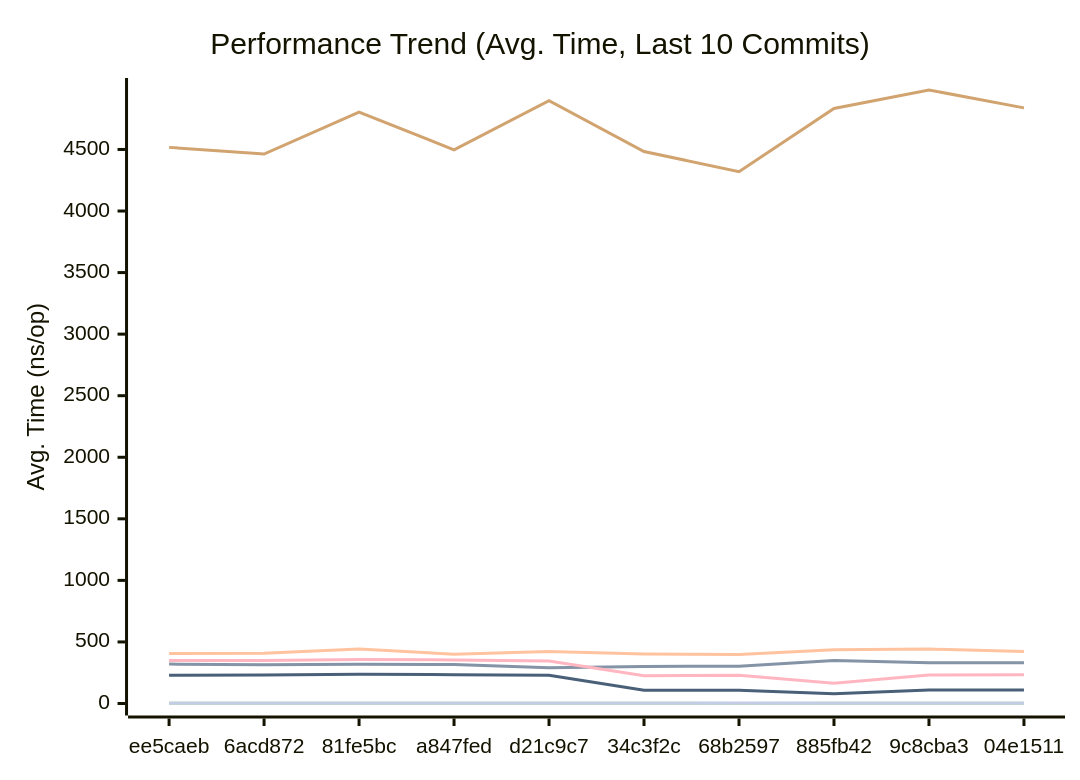
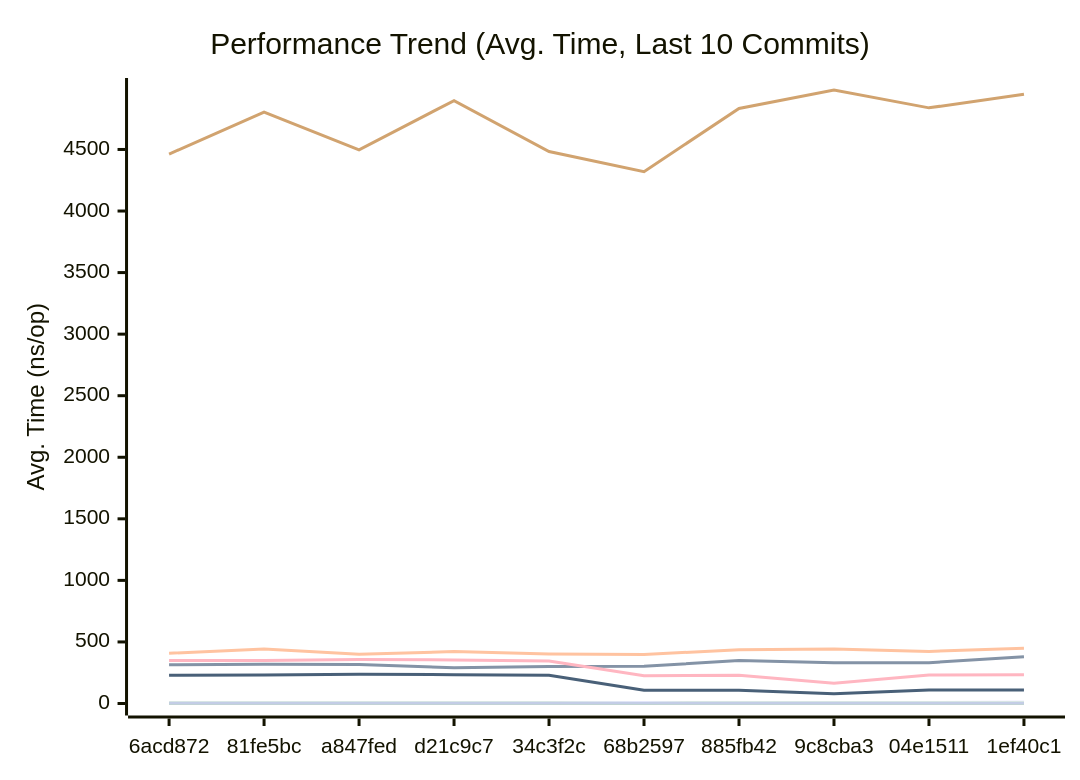
Before and after one commit to alsotoes/momo: the first of 3 diagrams in docs/PERFORMANCE.md, drawn with Mermaid. The commit also changed other lines of this file and 2 other files, not shown here.

````diff
--- a/docs/PERFORMANCE.md
+++ b/docs/PERFORMANCE.md
@@ -80,16 +80,16 @@
 ```mermaid
 xychart-beta
     title "Performance Trend (Avg. Time, Last 10 Commits)"
     x-axis "Commit"
     y-axis "Avg. Time (ns/op)"
-    x-axis [ee5caeb,6acd872,81fe5bc,a847fed,d21c9c7,34c3f2c,68b2597,885fb42,9c8cba3,04e1511]
-    line "CheckMetricsAndSwap" [8,8,9,8,9,9,8,9,9,8]
-    line "CrushOptimized" [320,315,318,317,290,301,303,349,330,331]
-    line "CrushOriginal" [406,408,443,400,422,402,399,436,442,423]
+    x-axis [6acd872,81fe5bc,a847fed,d21c9c7,34c3f2c,68b2597,885fb42,9c8cba3,04e1511,1ef40c1]
+    line "CheckMetricsAndSwap" [8,9,8,9,9,8,9,9,8,12]
+    line "CrushOptimized" [315,318,317,290,301,303,349,330,331,380]
+    line "CrushOriginal" [408,443,400,422,402,399,436,442,423,449]
     line "IndexDirectTracking" [0,0,0,0,0,0,0,0,0,0]
-    line "IndexSearch" [2,2,2,2,2,2,1,2,2,2]
-    line "LoadGlobalConfig" [4517,4463,4804,4497,4897,4483,4320,4833,4983,4838]
+    line "IndexSearch" [2,2,2,2,2,1,2,2,2,2]
+    line "LoadGlobalConfig" [4463,4804,4497,4897,4483,4320,4833,4983,4838,4948]
     line "PadString" [2,2,2,2,2,2,2,2,2,2]
     line "ParseReplicationOrder_NoPrealloc" [350,349,357,354,345,225,229,165,232,234]
     line "ParseReplicationOrder_Prealloc" [229,231,237,234,229,108,107,80,110,109]
 ```
````
